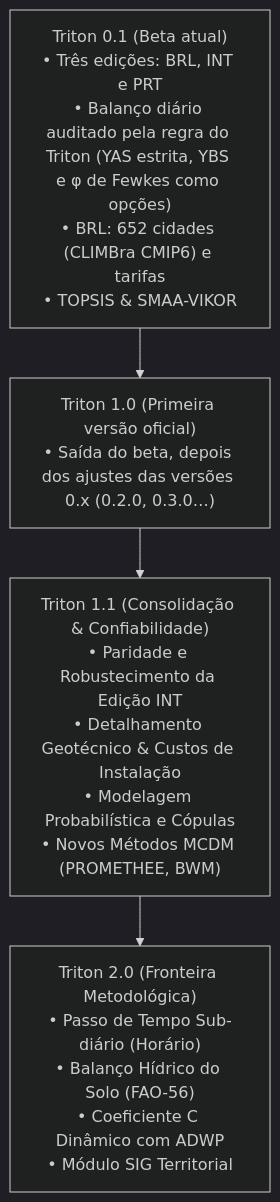
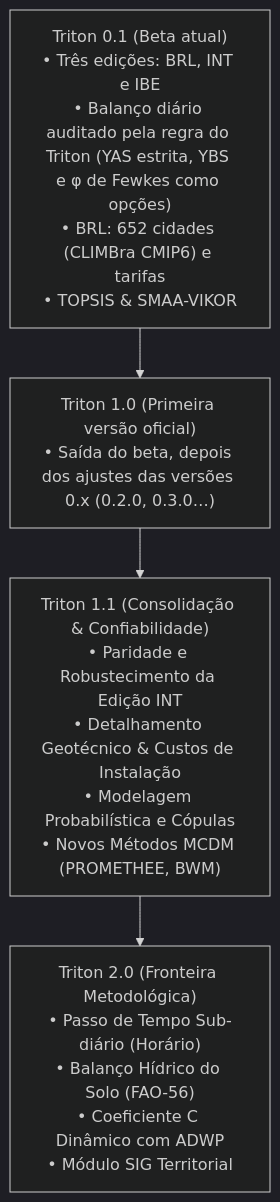
One commit to igorcmvaz/triton changed the diagram in ROADMAP.md. Above: the diagram before and after it, drawn with Mermaid (dark theme). The commit also changed other lines of this file and 1005 other files, not shown here.

Commit message:
Rename PRT edition to Triton IBE (Iberian Peninsula); regenerate IBE manual

````diff
--- a/ROADMAP.md
+++ b/ROADMAP.md
@@ -9,10 +9,10 @@
 ```mermaid
 flowchart TD
-    V50["Triton 0.1 (Beta atual)<br>• Três edições: BRL, INT e PRT<br>• Balanço diário auditado pela regra do Triton (YAS estrita, YBS e φ de Fewkes como opções)<br>• BRL: 652 cidades (CLIMBra CMIP6) e tarifas<br>• TOPSIS & SMAA-VIKOR"]
+    V50["Triton 0.1 (Beta atual)<br>• Três edições: BRL, INT e IBE<br>• Balanço diário auditado pela regra do Triton (YAS estrita, YBS e φ de Fewkes como opções)<br>• BRL: 652 cidades (CLIMBra CMIP6) e tarifas<br>• TOPSIS & SMAA-VIKOR"]
     
     V50 --> V10["Triton 1.0 (Primeira versão oficial)<br>• Saída do beta, depois dos ajustes das versões 0.x (0.2.0, 0.3.0…)"]
 
     V10 --> V51["Triton 1.1 (Consolidação & Confiabilidade)<br>• Paridade e Robustecimento da Edição INT<br>• Detalhamento Geotécnico & Custos de Instalação<br>• Modelagem Probabilística e Cópulas<br>• Novos Métodos MCDM (PROMETHEE, BWM)"]
     
     V51 --> V60["Triton 2.0 (Fronteira Metodológica)<br>• Passo de Tempo Sub-diário (Horário)<br>• Balanço Hídrico do Solo (FAO-56)<br>• Coeficiente C Dinâmico com ADWP<br>• Módulo SIG Territorial"]
 ```
````
